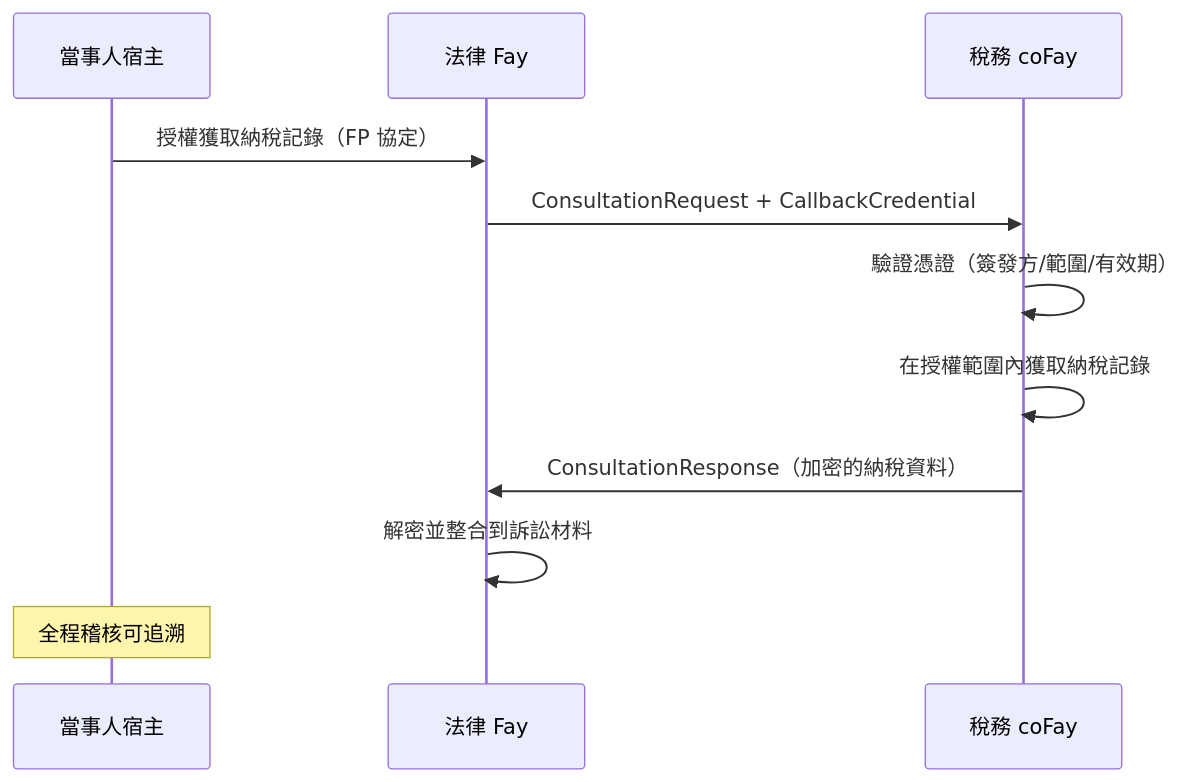
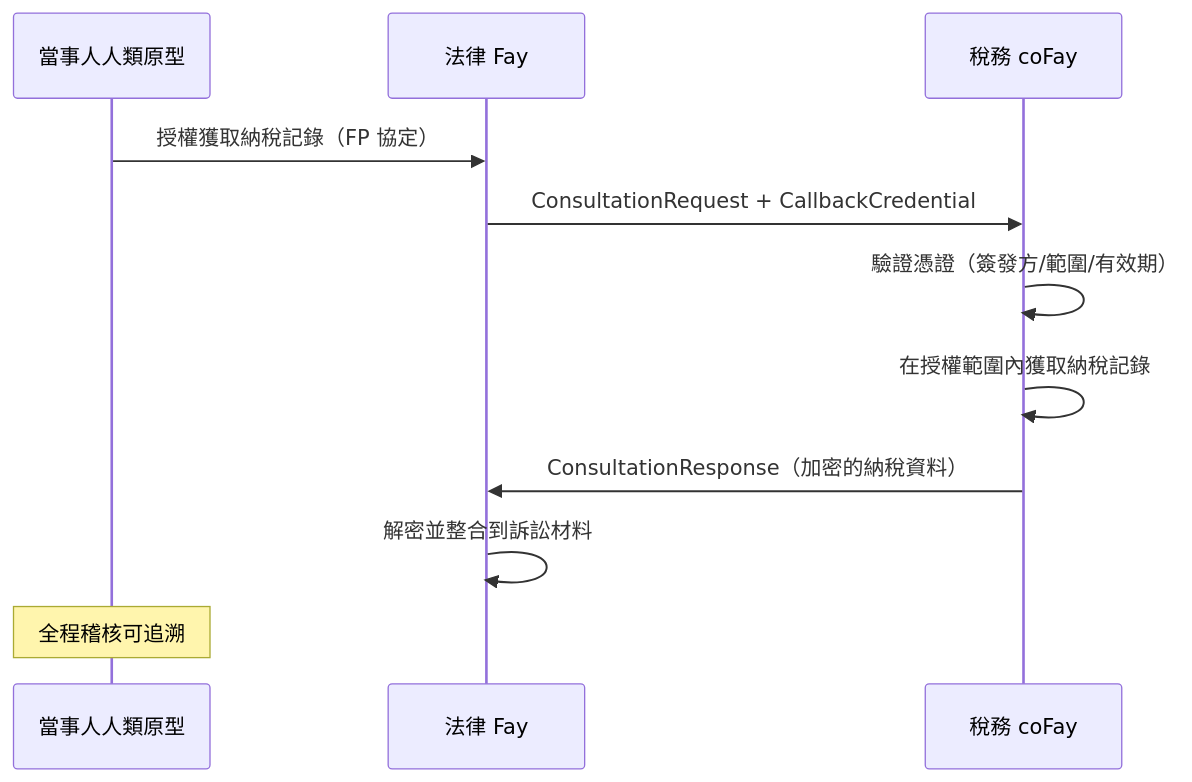
The third of 5 diagrams in docs/zh-TW/blueprint/4-應用場景.md (ChainModePilot/Telepathy-Protocol), drawn with Mermaid before and after one commit. The commit also changed other lines of this file and 68 other files, not shown here.

````diff
--- a/docs/zh-TW/blueprint/4-應用場景.md
+++ b/docs/zh-TW/blueprint/4-應用場景.md
@@ -84,14 +84,14 @@
 ```mermaid
 sequenceDiagram
-    participant C as 當事人宿主
+    participant C as 當事人人類原型
     participant LF as 法律 Fay
     participant TF as 稅務 coFay
 
     C->>LF: 授權獲取納稅記錄（FP 協定）
     LF->>TF: ConsultationRequest + CallbackCredential
     TF->>TF: 驗證憑證（簽發方/範圍/有效期）
     TF->>TF: 在授權範圍內獲取納稅記錄
     TF->>LF: ConsultationResponse（加密的納稅資料）
     LF->>LF: 解密並整合到訴訟材料
     Note over C: 全程稽核可追溯
 ```
````
